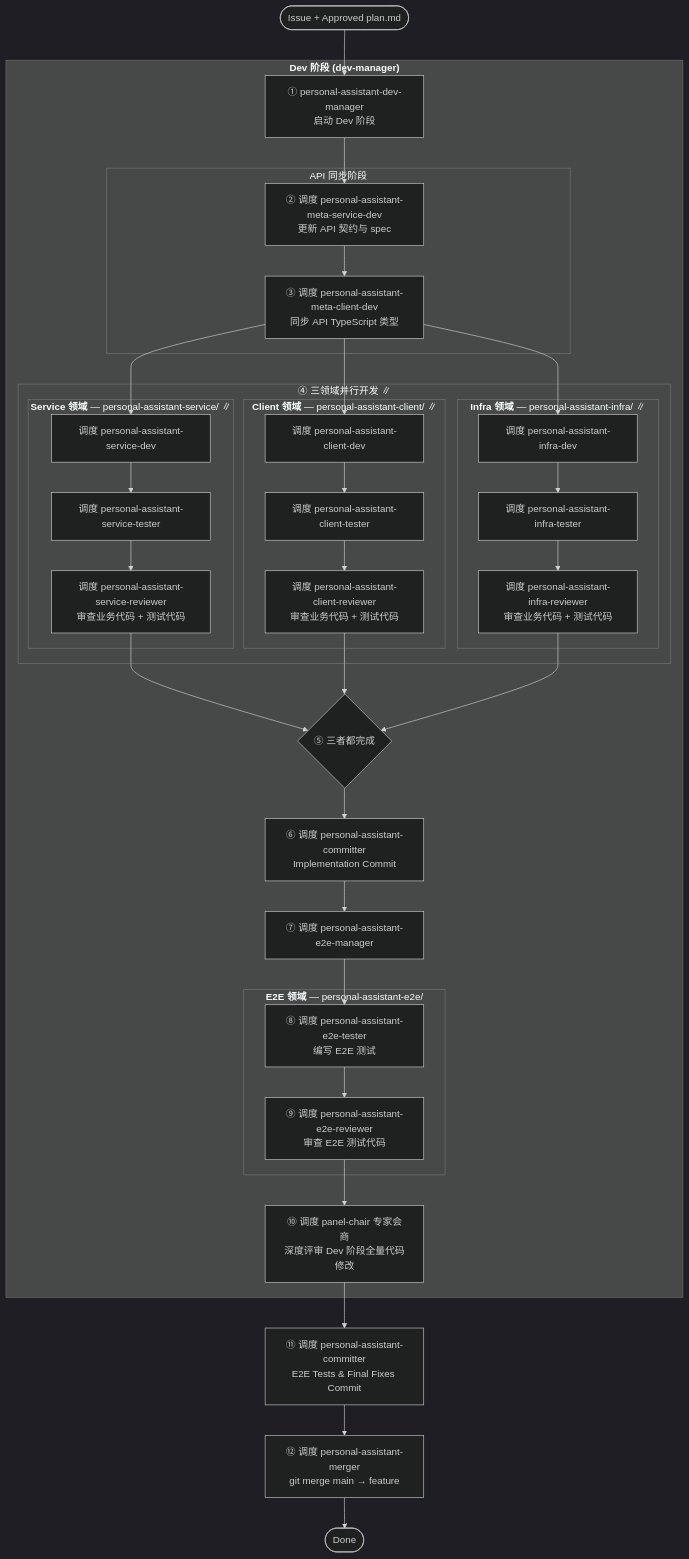
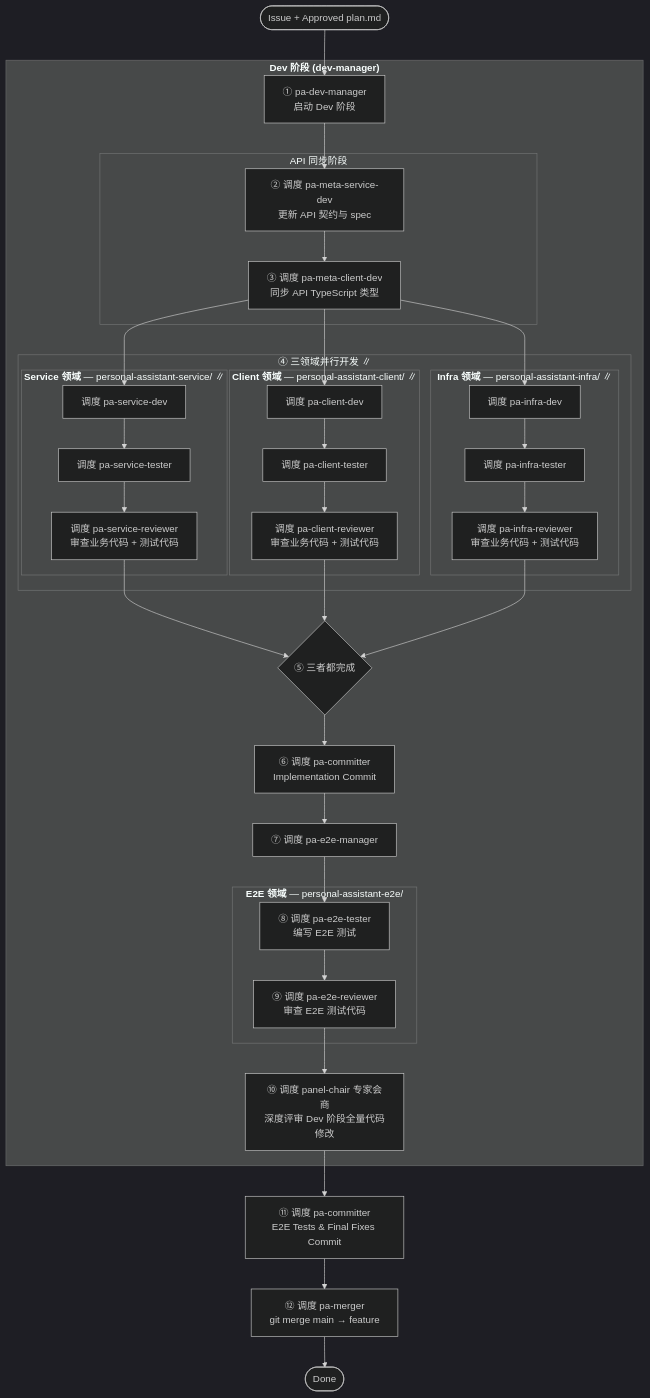
The third of 3 diagrams in personal-assistant-meta/architecture/devops/opencode-workflow.md (T-1009/personal-assistant), drawn with Mermaid (dark theme) before and after one commit. The commit also changed other lines of this file and 27 other files, not shown here.

First line of the commit message:
refactor: shorten agent names from personal-assistant- to pa- prefix

````diff
--- a/personal-assistant-meta/architecture/devops/opencode-workflow.md
+++ b/personal-assistant-meta/architecture/devops/opencode-workflow.md
@@ -162,63 +162,63 @@
 ```mermaid
 flowchart TD
-    START(["Issue + Approved plan.md"]) --> S5["① personal-assistant-dev-manager<br/>启动 Dev 阶段"]
+    START(["Issue + Approved plan.md"]) --> S5["① pa-dev-manager<br/>启动 Dev 阶段"]
 
     subgraph DEV_PHASE["<b>Dev 阶段 (dev-manager)</b>"]
         subgraph API_SYNC["API 同步阶段"]
-            S6["② 调度 personal-assistant-meta-service-dev<br/>更新 API 契约与 spec"]
-            S7["③ 调度 personal-assistant-meta-client-dev<br/>同步 API TypeScript 类型"]
+            S6["② 调度 pa-meta-service-dev<br/>更新 API 契约与 spec"]
+            S7["③ 调度 pa-meta-client-dev<br/>同步 API TypeScript 类型"]
             S6 --> S7
         end
 
         S5 --> S6
 
         subgraph PARALLEL_DEV["④ 三领域并行开发  ∥"]
             subgraph SVC_PHASE["<b>Service 领域</b> — personal-assistant-service/  ∥"]
-                S8A["调度 personal-assistant-service-dev"]
-                S9A["调度 personal-assistant-service-tester"]
-                S10A["调度 personal-assistant-service-reviewer<br/>审查业务代码 + 测试代码"]
+                S8A["调度 pa-service-dev"]
+                S9A["调度 pa-service-tester"]
+                S10A["调度 pa-service-reviewer<br/>审查业务代码 + 测试代码"]
                 S8A --> S9A --> S10A
             end
 
             subgraph CLIENT_PHASE["<b>Client 领域</b> — personal-assistant-client/  ∥"]
-                S8B["调度 personal-assistant-client-dev"]
-                S9B["调度 personal-assistant-client-tester"]
-                S10B["调度 personal-assistant-client-reviewer<br/>审查业务代码 + 测试代码"]
+                S8B["调度 pa-client-dev"]
+                S9B["调度 pa-client-tester"]
+                S10B["调度 pa-client-reviewer<br/>审查业务代码 + 测试代码"]
                 S8B --> S9B --> S10B
             end
 
             subgraph INFRA_PHASE["<b>Infra 领域</b> — personal-assistant-infra/  ∥"]
-                S8C["调度 personal-assistant-infra-dev"]
-                S9C["调度 personal-assistant-infra-tester"]
-                S10C["调度 personal-assistant-infra-reviewer<br/>审查业务代码 + 测试代码"]
+                S8C["调度 pa-infra-dev"]
+                S9C["调度 pa-infra-tester"]
+                S10C["调度 pa-infra-reviewer<br/>审查业务代码 + 测试代码"]
                 S8C --> S9C --> S10C
             end
         end
 
         S7 --> S8A
         S7 --> S8B
         S7 --> S8C
 
         S10A --> JOIN{"⑤ 三者都完成"}
         S10B --> JOIN
         S10C --> JOIN
 
-        JOIN --> S11["⑥ 调度 personal-assistant-committer<br/>Implementation Commit"]
+        JOIN --> S11["⑥ 调度 pa-committer<br/>Implementation Commit"]
 
-        S11 --> S12["⑦ 调度 personal-assistant-e2e-manager"]
+        S11 --> S12["⑦ 调度 pa-e2e-manager"]
 
         subgraph E2E_PHASE["<b>E2E 领域</b> — personal-assistant-e2e/"]
-            S12A["⑧ 调度 personal-assistant-e2e-tester<br/>编写 E2E 测试"]
-            S12B["⑨ 调度 personal-assistant-e2e-reviewer<br/>审查 E2E 测试代码"]
+            S12A["⑧ 调度 pa-e2e-tester<br/>编写 E2E 测试"]
+            S12B["⑨ 调度 pa-e2e-reviewer<br/>审查 E2E 测试代码"]
             S12A --> S12B
         end
 
         S12 --> S12A
 
         S12B --> S12C["⑩ 调度 panel-chair 专家会商<br/>深度评审 Dev 阶段全量代码修改"]
     end
 
-    S12C --> S13["⑪ 调度 personal-assistant-committer<br/>E2E Tests & Final Fixes Commit"]
-    S13 --> S14_MERGE["⑫ 调度 personal-assistant-merger<br/>git merge main → feature"]
+    S12C --> S13["⑪ 调度 pa-committer<br/>E2E Tests & Final Fixes Commit"]
+    S13 --> S14_MERGE["⑫ 调度 pa-merger<br/>git merge main → feature"]
     S14_MERGE --> DONE(["Done"])
 ```
````
